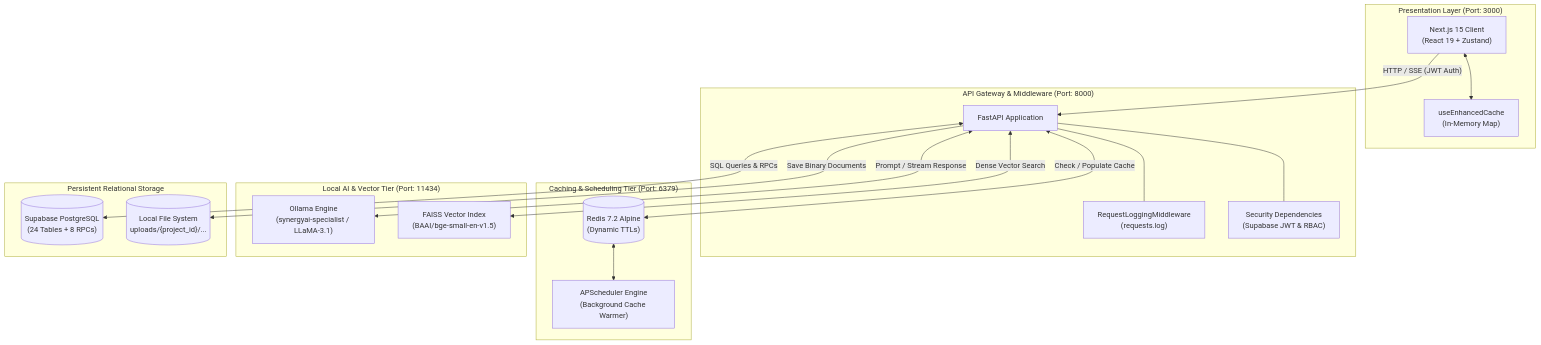
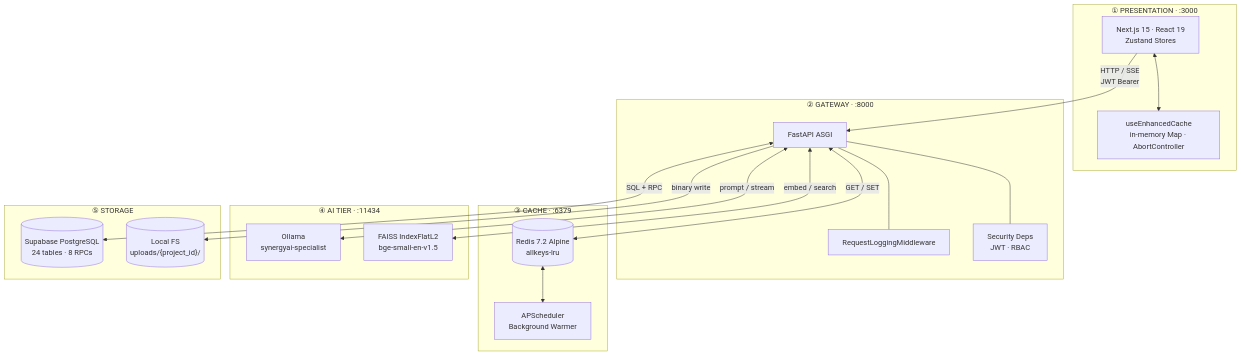
Before and after one commit to yash-shende99/SynergyAI: the first of 2 diagrams in README.md, drawn with Mermaid. The commit also changed other lines of this file and 2 other files, not shown here.

````diff
--- a/README.md
+++ b/README.md
@@ -143,39 +255,39 @@
 ```mermaid
 flowchart TD
-    subgraph Client["Presentation Layer (Port: 3000)"]
-        Browser["Next.js 15 Client\n(React 19 + Zustand)"]
-        ClientCache["useEnhancedCache\n(In-Memory Map)"]
+    subgraph Client["① PRESENTATION · :3000"]
+        Browser["Next.js 15 · React 19<br/>Zustand Stores"]
+        ClientCache["useEnhancedCache<br/>in-memory Map · AbortController"]
         Browser <--> ClientCache
     end
 
-    subgraph Gateway["API Gateway & Middleware (Port: 8000)"]
-        FastAPI["FastAPI Application"]
-        LoggingMiddleware["RequestLoggingMiddleware\n(requests.log)"]
-        AuthCheck["Security Dependencies\n(Supabase JWT & RBAC)"]
-        FastAPI --- LoggingMiddleware
-        FastAPI --- AuthCheck
+    subgraph Gateway["② GATEWAY · :8000"]
+        FastAPI["FastAPI ASGI"]
+        LogMW["RequestLoggingMiddleware"]
+        AuthDep["Security Deps<br/>JWT · RBAC"]
+        FastAPI --- LogMW
+        FastAPI --- AuthDep
     end
 
-    subgraph Caching["Caching & Scheduling Tier (Port: 6379)"]
-        Redis[("Redis 7.2 Alpine\n(Dynamic TTLs)")]
-        Scheduler["APScheduler Engine\n(Background Cache Warmer)"]
-        Redis <--> Scheduler
+    subgraph Cache["③ CACHE · :6379"]
+        Redis[("Redis 7.2 Alpine<br/>allkeys-lru")]
+        Sched["APScheduler<br/>Background Warmer"]
+        Redis <--> Sched
     end
 
-    subgraph AI_Engine["Local AI & Vector Tier (Port: 11434)"]
-        Ollama["Ollama Engine\n(synergyai-specialist / LLaMA-3.1)"]
-        FAISS["FAISS Vector Index\n(BAAI/bge-small-en-v1.5)"]
+    subgraph AI["④ AI TIER · :11434"]
+        Ollama["Ollama<br/>synergyai-specialist"]
+        FAISS["FAISS IndexFlatL2<br/>bge-small-en-v1.5"]
     end
 
-    subgraph Storage["Persistent Relational Storage"]
-        Supabase[("Supabase PostgreSQL\n(24 Tables + 8 RPCs)")]
-        LocalFS[("Local File System\nuploads/{project_id}/...")]
+    subgraph Data["⑤ STORAGE"]
+        Supa[("Supabase PostgreSQL<br/>24 tables · 8 RPCs")]
+        FS[("Local FS<br/>uploads/{project_id}/")]
     end
 
-    Browser -->|"HTTP / SSE (JWT Auth)"| FastAPI
-    FastAPI <-->|"Check / Populate Cache"| Redis
-    FastAPI <-->|"Prompt / Stream Response"| Ollama
-    FastAPI <-->|"Dense Vector Search"| FAISS
-    FastAPI <-->|"SQL Queries & RPCs"| Supabase
-    FastAPI -->|"Save Binary Documents"| LocalFS
+    Browser -->|"HTTP / SSE<br/>JWT Bearer"| FastAPI
+    FastAPI <-->|"GET / SET"| Redis
+    FastAPI <-->|"prompt / stream"| Ollama
+    FastAPI <-->|"embed / search"| FAISS
+    FastAPI <-->|"SQL + RPC"| Supa
+    FastAPI -->|"binary write"| FS
 ```
````
